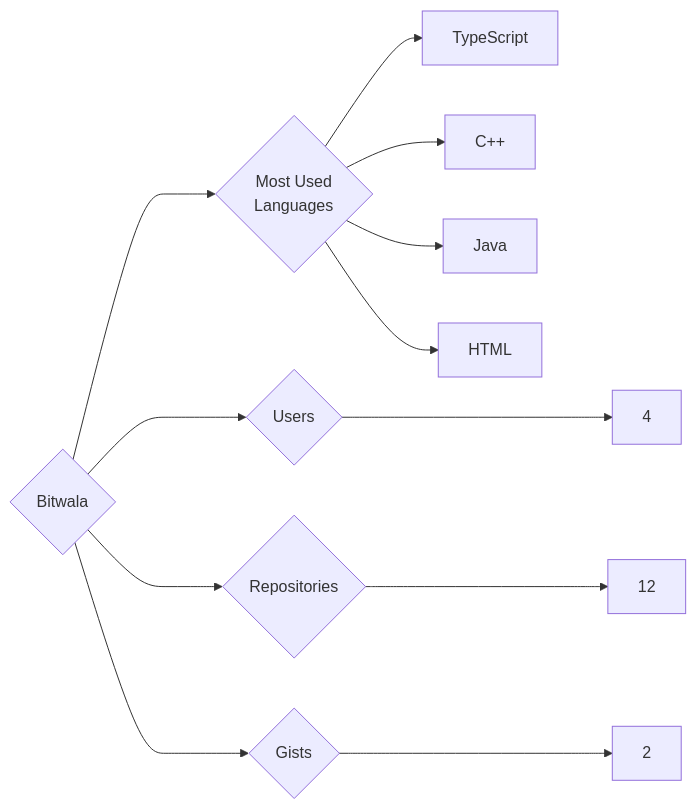
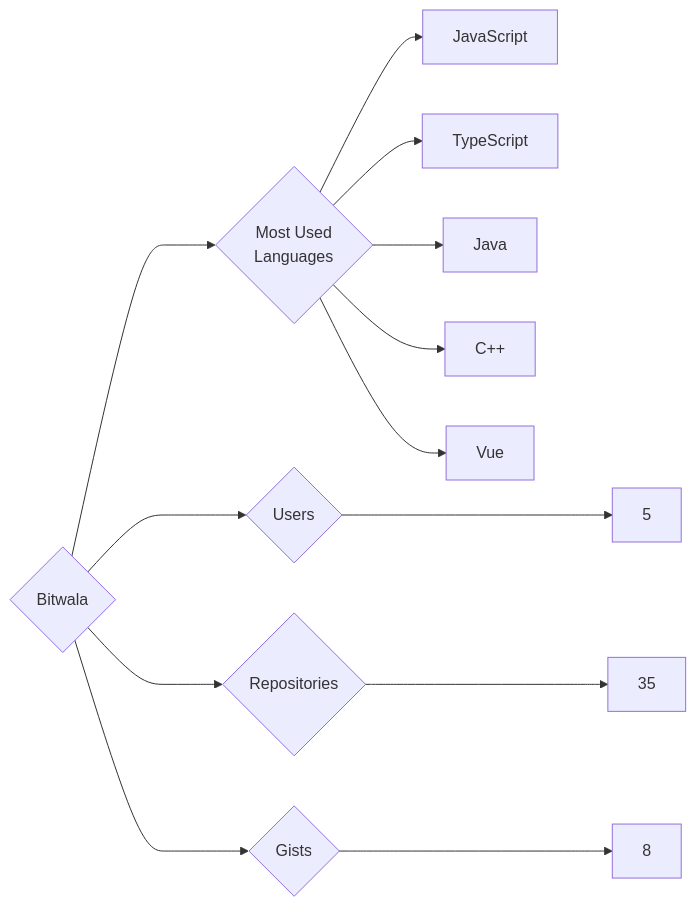
One commit to trickest/insiders changed the diagram in targets/Bitwala/README.md. Above: the diagram before and after it, drawn with Mermaid. The commit also changed 1148 other files, not shown here.

````diff
--- a/targets/Bitwala/README.md
+++ b/targets/Bitwala/README.md
@@ -3,12 +3,13 @@
 ```mermaid
 graph LR
 COMPANY_NAME{Bitwala}
-COMPANY_NAME ---> U{Users} ---> UN[4]
-COMPANY_NAME ---> R{Repositories} ---> RN[12]
-COMPANY_NAME ---> G{Gists} ---> GN[2]
+COMPANY_NAME ---> U{Users} ---> UN[5]
+COMPANY_NAME ---> R{Repositories} ---> RN[35]
+COMPANY_NAME ---> G{Gists} ---> GN[8]
 COMPANY_NAME ---> ML{Most Used<br>Languages}
+ML --> JavaScript[JavaScript]
 ML --> TypeScript[TypeScript]
+ML --> Java[Java]
 ML --> C++[C++]
-ML --> Java[Java]
-ML --> HTML[HTML]
+ML --> Vue[Vue]
 ```
````
